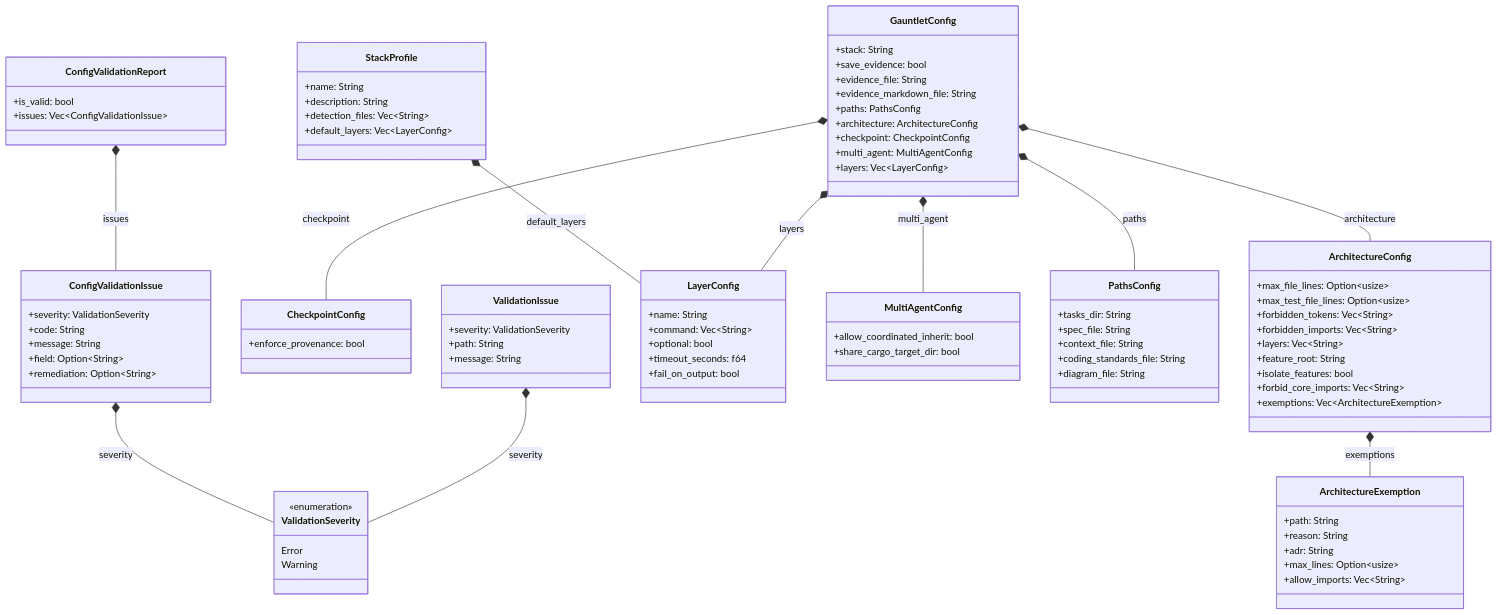
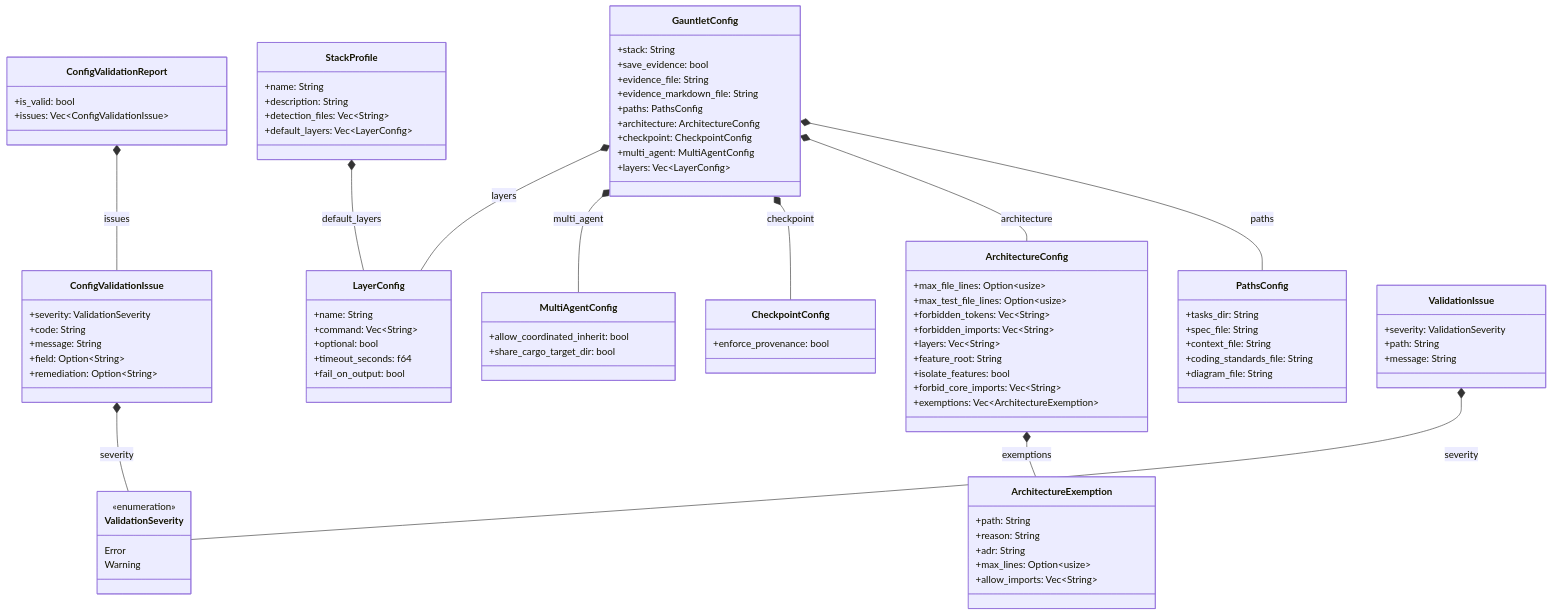
Before and after one commit to rolfmadsen/xgauntlet: the diagram in docs/architecture/config.md, drawn with Mermaid. The commit also changed other lines of this file and 16 other files, not shown here.

````diff
--- a/docs/architecture/config.md
+++ b/docs/architecture/config.md
@@ -101,14 +101,14 @@
         Warning
     }
 
-    ConfigValidationReport *-- ConfigValidationIssue : issues
     ArchitectureConfig *-- ArchitectureExemption : exemptions
-    ConfigValidationIssue *-- ValidationSeverity : severity
-    StackProfile *-- LayerConfig : default_layers
     GauntletConfig *-- PathsConfig : paths
     GauntletConfig *-- ArchitectureConfig : architecture
     GauntletConfig *-- CheckpointConfig : checkpoint
     GauntletConfig *-- MultiAgentConfig : multi_agent
     GauntletConfig *-- LayerConfig : layers
     ValidationIssue *-- ValidationSeverity : severity
+    ConfigValidationReport *-- ConfigValidationIssue : issues
+    ConfigValidationIssue *-- ValidationSeverity : severity
+    StackProfile *-- LayerConfig : default_layers
 ```
````
